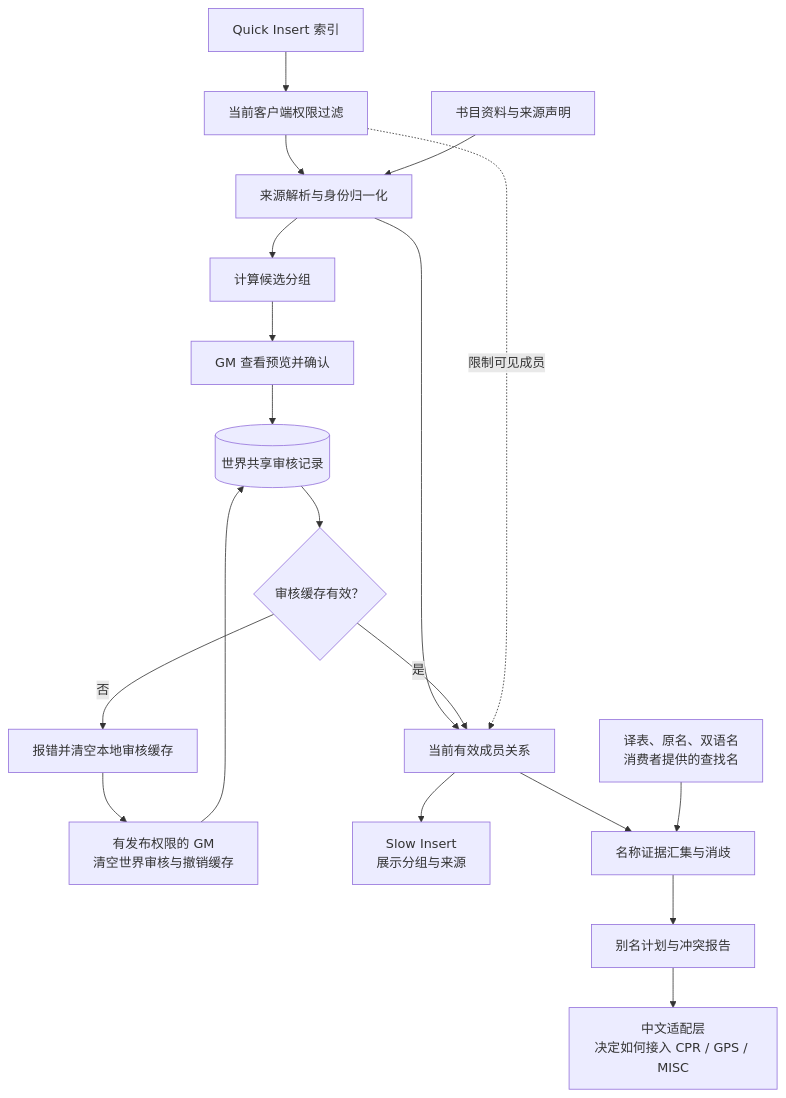
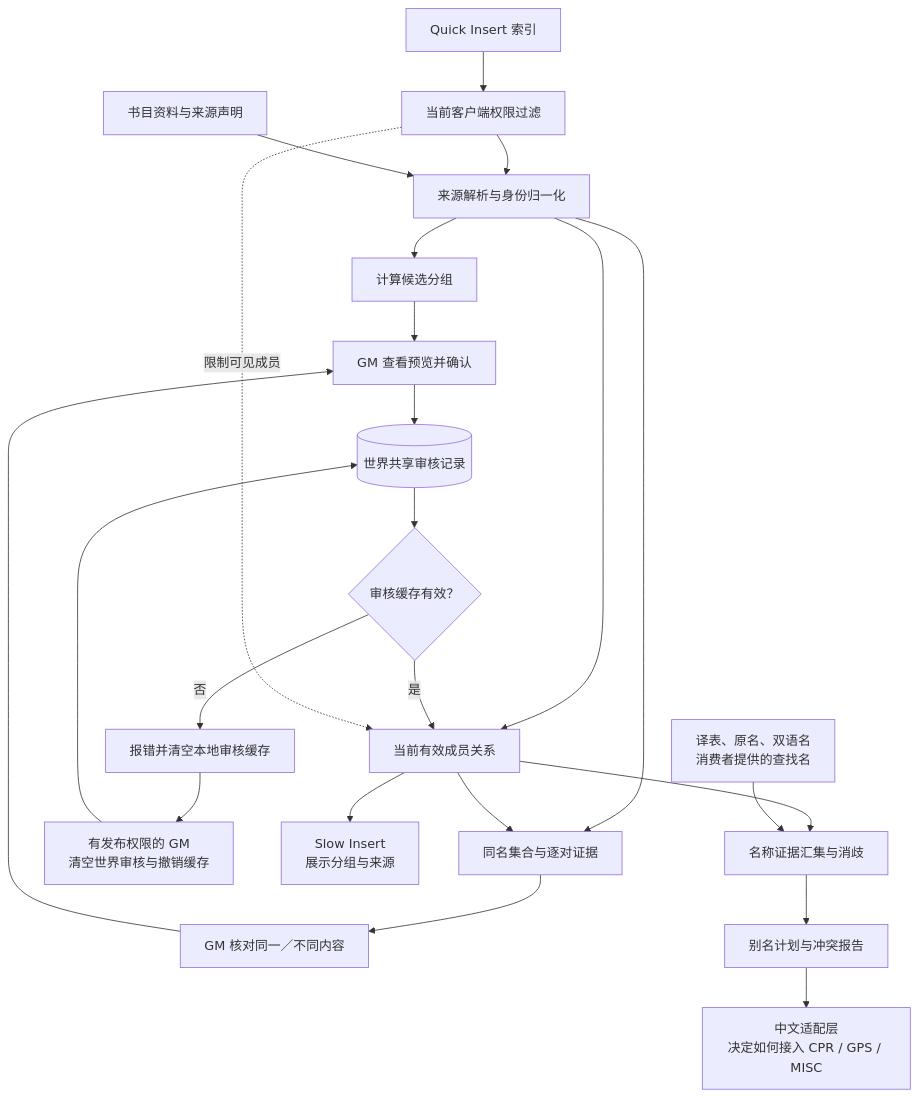
Before and after one commit to 5esimforall/truesight: the first of 4 diagrams in docs/architecture.md, drawn with Mermaid. The commit also changed other lines of this file and 17 other files, not shown here.

````diff
--- a/docs/architecture.md
+++ b/docs/architecture.md
@@ -9,24 +9,28 @@
 ```mermaid
 flowchart TD
     Q["Quick Insert 索引"] --> P["当前客户端权限过滤"]
     P --> S["来源解析与身份归一化"]
     B["书目资料与来源声明"] --> S
 
     S --> C["计算候选分组"]
+    S --> NM["同名集合与逐对证据"]
+    V --> NM
+    NM --> ND["GM 核对同一／不同内容"]
+    ND --> R
     C --> R["GM 查看预览并确认"]
     R --> W[("世界共享审核记录")]
 
     S --> V["当前有效成员关系"]
     W --> K{"审核缓存有效？"}
     K -->|"是"| V
     K -->|"否"| E["报错并清空本地审核缓存"]
     E --> G["有发布权限的 GM<br/>清空世界审核与撤销缓存"]
     G --> W
     P -. "限制可见成员" .-> V
 
     V --> SI["Slow Insert<br/>展示分组与来源"]
     V --> N["名称证据汇集与消歧"]
     T["译表、原名、双语名<br/>消费者提供的查找名"] --> N
     N --> A["别名计划与冲突报告"]
     A --> AD["中文适配层<br/>决定如何接入 CPR / GPS / MISC"]
 ```
````
